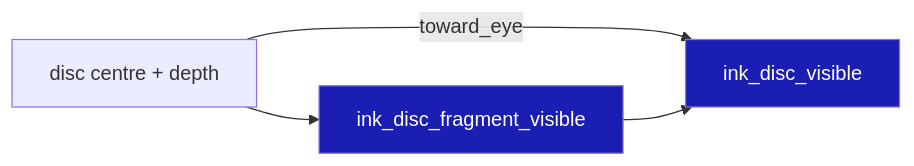
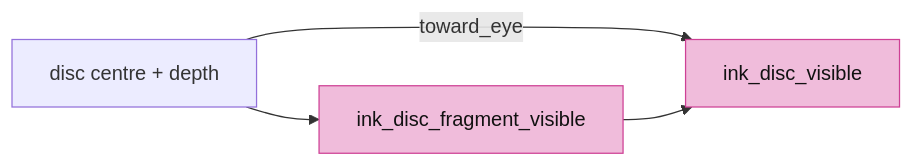
One commit to petrasvestartas/session changed the eighth of 15 diagrams in session_viewer/docs/05-visibility.md. Above: the diagram before and after it, drawn with Mermaid. The commit also changed other lines of this file and 23 other files, not shown here.

Commit message:
Course: Mermaid nodes white with black text, highlighted nodes pink, white arrows and edge labels on the black ground

````diff
--- a/session_viewer/docs/05-visibility.md
+++ b/session_viewer/docs/05-visibility.md
@@ -148,8 +148,8 @@
 ```mermaid
 flowchart LR
     C["disc centre + depth"] --> F["ink_disc_fragment_visible"]
     C -- "toward_eye" --> V["ink_disc_visible"]
     F --> V
-    style F fill:#1a1eb2,color:#fff
-    style V fill:#1a1eb2,color:#fff
+    style F fill:#f0bcdb,stroke:#ce4095,color:#111
+    style V fill:#f0bcdb,stroke:#ce4095,color:#111
 ```
````
